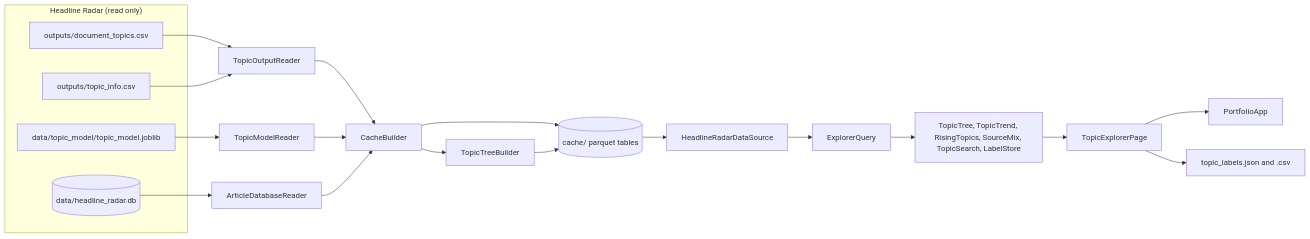
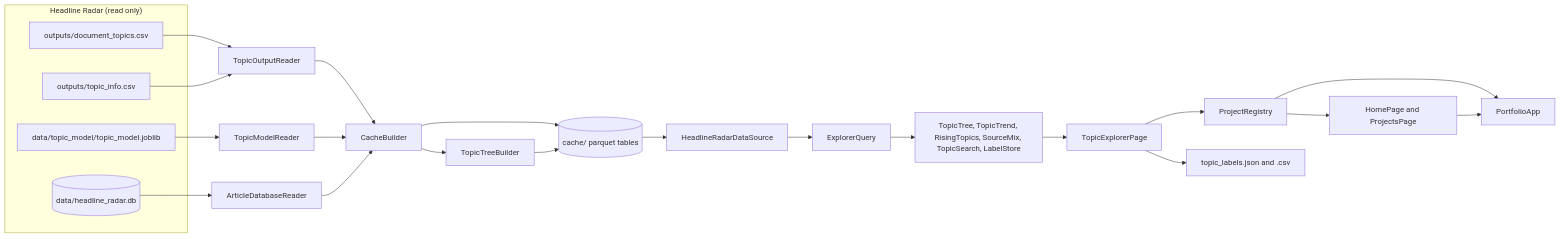
One commit to ajgeiger/portfolio-site changed the diagram in README.md. Above: the diagram before and after it, drawn with Mermaid. The commit also changed other lines of this file and 27 other files, not shown here.

First line of the commit message:
Turn the app into a portfolio website

````diff
--- a/README.md
+++ b/README.md
@@ -73,25 +100,28 @@
 ```mermaid
 flowchart LR
     subgraph HR["Headline Radar (read only)"]
         DT["outputs/document_topics.csv"]
         TI["outputs/topic_info.csv"]
         MJ["data/topic_model/topic_model.joblib"]
         DB[("data/headline_radar.db")]
     end
     DT --> TOR["TopicOutputReader"]
     TI --> TOR
     MJ --> TMR["TopicModelReader"]
     DB --> ADR["ArticleDatabaseReader"]
     TOR --> CB["CacheBuilder"]
     TMR --> CB
     ADR --> CB
     CB --> TTB["TopicTreeBuilder"]
     CB --> CACHE[("cache/ parquet tables")]
     TTB --> CACHE
     CACHE --> DS["HeadlineRadarDataSource"]
     DS --> EQ["ExplorerQuery"]
     EQ --> AN["TopicTree, TopicTrend, RisingTopics, SourceMix, TopicSearch, LabelStore"]
     AN --> PG["TopicExplorerPage"]
-    PG --> APP["PortfolioApp"]
+    PG --> REG["ProjectRegistry"]
+    REG --> HOME["HomePage and ProjectsPage"]
+    REG --> APP["PortfolioApp"]
+    HOME --> APP
     PG --> EX["topic_labels.json and .csv"]
 ```
````
